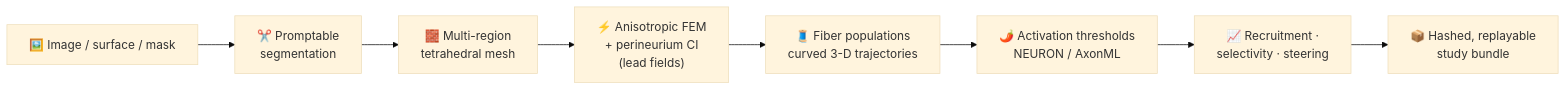
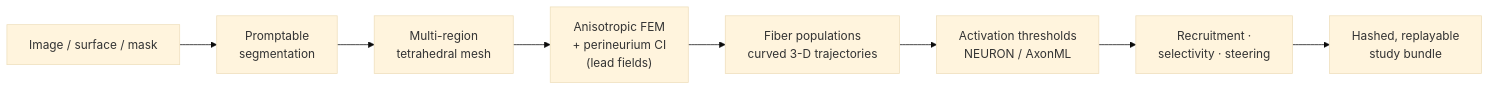
One commit to CellularSyntax/golgi changed the diagram in README.md. Above: the diagram before and after it, drawn with Mermaid (base theme). The commit also changed other lines of this file, not shown here.

Commit message:
Fix formatting in highlights section of README
Updated formatting for highlights section in README.

````diff
--- a/README.md
+++ b/README.md
@@ -54,10 +54,10 @@
 ```mermaid
 flowchart LR
-    A["🖼️ Image / surface / mask"] --> B["✂️ Promptable<br/>segmentation"]
-    B --> C["🧱 Multi-region<br/>tetrahedral mesh"]
-    C --> D["⚡ Anisotropic FEM<br/>+ perineurium CI<br/>(lead fields)"]
-    D --> E["🧵 Fiber populations<br/>curved 3-D trajectories"]
-    E --> F["🌶️ Activation thresholds<br/>NEURON / AxonML"]
-    F --> G["📈 Recruitment ·<br/>selectivity · steering"]
-    G --> H["📦 Hashed, replayable<br/>study bundle"]
+    A["Image / surface / mask"] --> B["Promptable<br/>segmentation"]
+    B --> C["Multi-region<br/>tetrahedral mesh"]
+    C --> D["Anisotropic FEM<br/>+ perineurium CI<br/>(lead fields)"]
+    D --> E["Fiber populations<br/>curved 3-D trajectories"]
+    E --> F["Activation thresholds<br/>NEURON / AxonML"]
+    F --> G["Recruitment ·<br/>selectivity · steering"]
+    G --> H["Hashed, replayable<br/>study bundle"]
 ```
````
